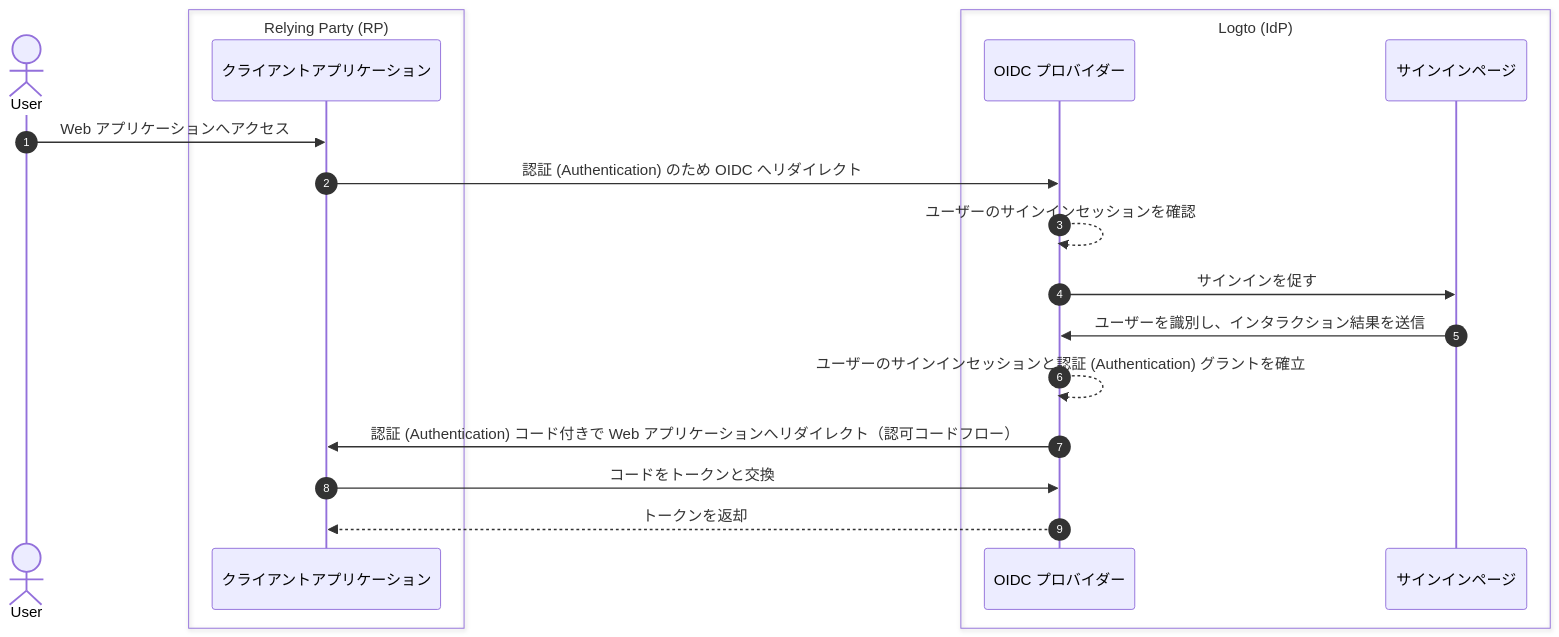
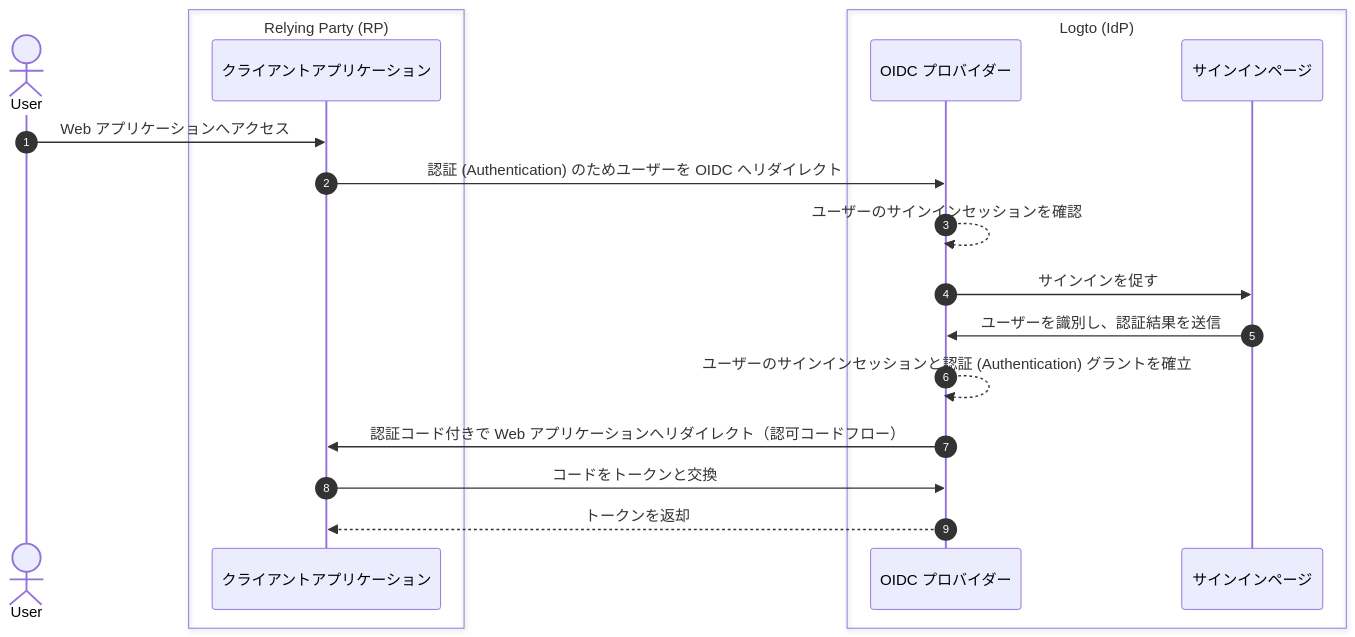
One commit to logto-io/docs changed the first of 3 diagrams in i18n/ja/docusaurus-plugin-content-docs/current/end-user-flows/sign-out.mdx. Above: the diagram before and after it, drawn with Mermaid. The commit also changed other lines of this file and 67 other files, not shown here.

````diff
--- a/i18n/ja/docusaurus-plugin-content-docs/current/end-user-flows/sign-out.mdx
+++ b/i18n/ja/docusaurus-plugin-content-docs/current/end-user-flows/sign-out.mdx
@@ -13,24 +13,24 @@
 ```mermaid
   sequenceDiagram
     autonumber
     actor User
 
     box Relying Party (RP)
       participant Client as クライアントアプリケーション
     end
 
     box Logto (IdP)
       participant OIDC as OIDC プロバイダー
       participant SignIn as サインインページ
     end
 
     User ->> Client: Web アプリケーションへアクセス
-    Client ->> OIDC: 認証 (Authentication) のため OIDC へリダイレクト
+    Client ->> OIDC: 認証 (Authentication) のためユーザーを OIDC へリダイレクト
     OIDC -->> OIDC: ユーザーのサインインセッションを確認
     OIDC ->> SignIn: サインインを促す
-    SignIn ->> OIDC: ユーザーを識別し、インタラクション結果を送信
+    SignIn ->> OIDC: ユーザーを識別し、認証結果を送信
     OIDC -->> OIDC: ユーザーのサインインセッションと認証 (Authentication) グラントを確立
-    OIDC ->> Client: 認証 (Authentication) コード付きで Web アプリケーションへリダイレクト（認可コードフロー）
+    OIDC ->> Client: 認証コード付きで Web アプリケーションへリダイレクト（認可コードフロー）
     Client ->> OIDC: コードをトークンと交換
     OIDC -->> Client: トークンを返却
 ```
````
